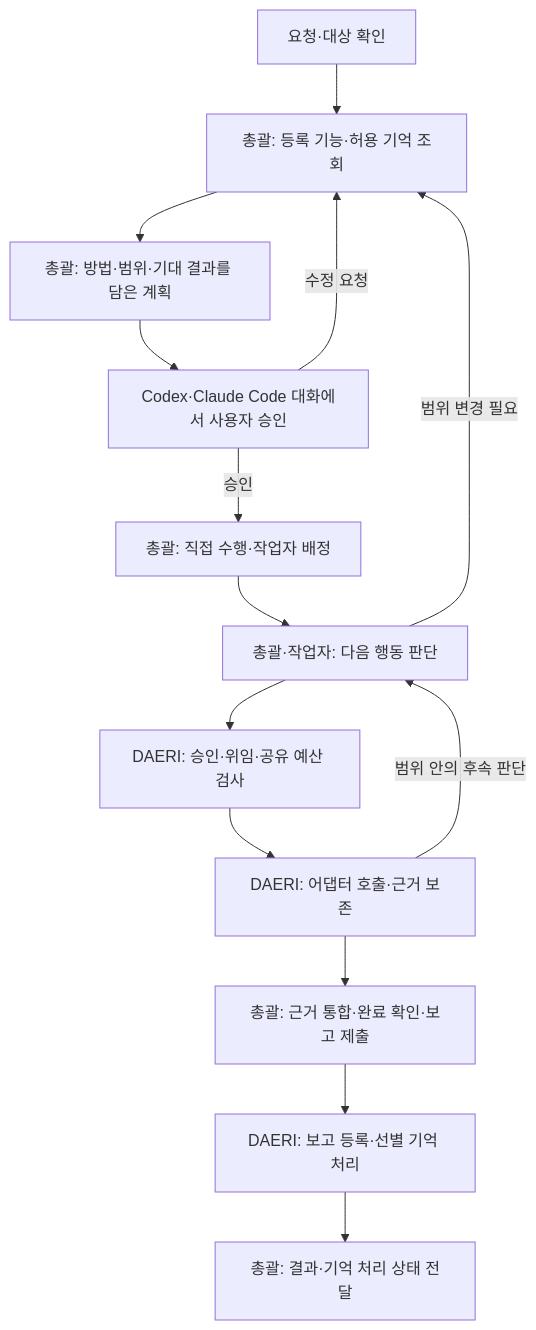
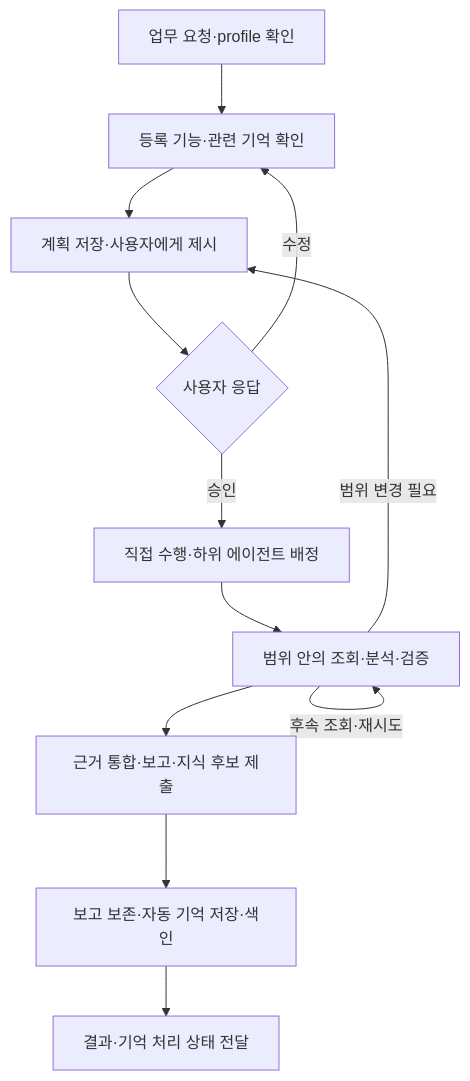
Before and after one commit to VVoodyHong/DAERI: the diagram in docs/spec/tasks/workflow.md, drawn with Mermaid. The commit also changed other lines of this file and 171 other files, not shown here.

````diff
--- a/docs/spec/tasks/workflow.md
+++ b/docs/spec/tasks/workflow.md
@@ -21,16 +14,14 @@
 ```mermaid
 flowchart TD
-    A[요청·대상 확인] --> B[총괄: 등록 기능·허용 기억 조회]
-    B --> C[총괄: 방법·범위·기대 결과를 담은 계획]
-    C --> D[Codex·Claude Code 대화에서 사용자 승인]
-    D -->|승인| E[총괄: 직접 수행·작업자 배정]
-    D -->|수정 요청| B
-    E --> F[총괄·작업자: 다음 행동 판단]
-    F --> G[DAERI: 승인·위임·공유 예산 검사]
-    G --> H[DAERI: 어댑터 호출·근거 보존]
-    H -->|범위 안의 후속 판단| F
-    F -->|범위 변경 필요| B
-    H --> I[총괄: 근거 통합·완료 확인·보고 제출]
-    I --> J[DAERI: 보고 등록·선별 기억 처리]
-    J --> K[총괄: 결과·기억 처리 상태 전달]
+    A[업무 요청·profile 확인] --> B[등록 기능·관련 기억 확인]
+    B --> C[계획 저장·사용자에게 제시]
+    C --> D{사용자 응답}
+    D -->|승인| E[직접 수행·하위 에이전트 배정]
+    D -->|수정| B
+    E --> F[범위 안의 조회·분석·검증]
+    F -->|후속 조회·재시도| F
+    F -->|범위 변경 필요| C
+    F --> G[근거 통합·보고·지식 후보 제출]
+    G --> H[보고 보존·자동 기억 저장·색인]
+    H --> I[결과·기억 처리 상태 전달]
 ```
````
